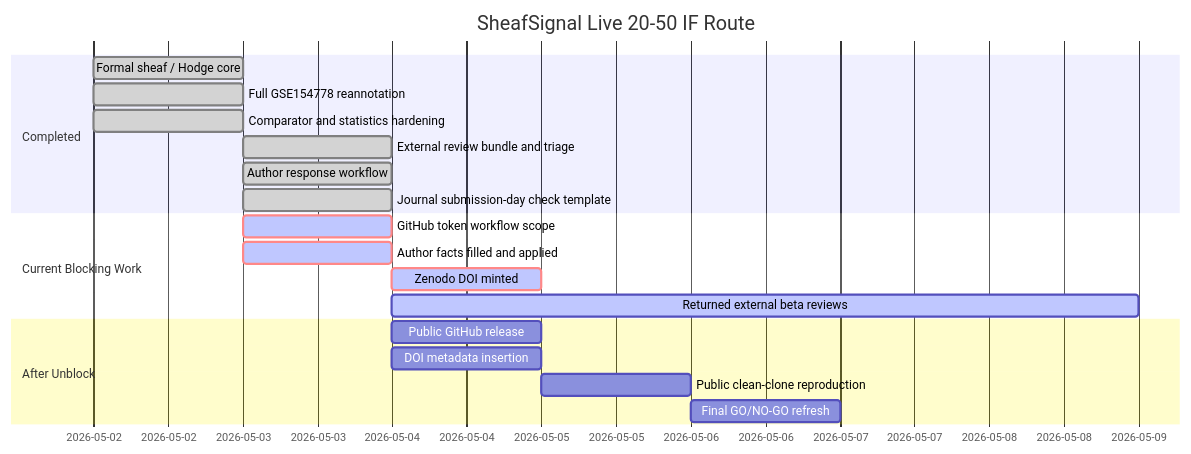
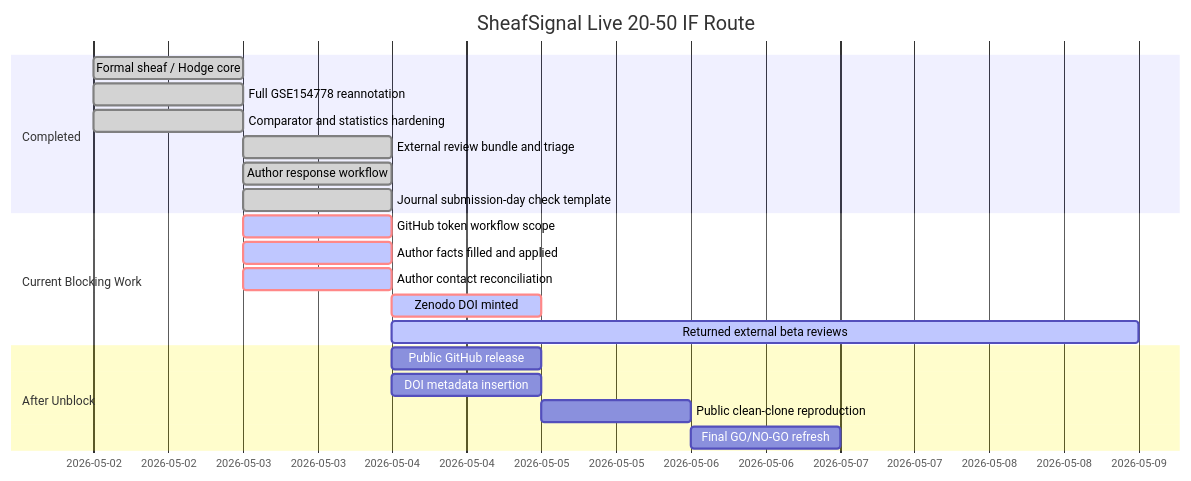
One commit to healthgreat/SheafSignal changed the diagram in manuscript/SHEAFSIGNAL_LIVE_GANTT_STATUS.md. Above: the diagram before and after it, drawn with Mermaid. The commit also changed other lines of this file and 9 other files, not shown here.

Commit message:
Add author contact reconciliation audit

````diff
--- a/manuscript/SHEAFSIGNAL_LIVE_GANTT_STATUS.md
+++ b/manuscript/SHEAFSIGNAL_LIVE_GANTT_STATUS.md
@@ -12,25 +12,26 @@
 ```mermaid
 gantt
     title SheafSignal Live 20-50 IF Route
     dateFormat  YYYY-MM-DD
 
     section Completed
     Formal sheaf / Hodge core                 :done, 2026-05-02, 1d
     Full GSE154778 reannotation               :done, 2026-05-02, 1d
     Comparator and statistics hardening       :done, 2026-05-02, 1d
     External review bundle and triage         :done, 2026-05-03, 1d
     Author response workflow                  :done, 2026-05-03, 1d
     Journal submission-day check template     :done, 2026-05-03, 1d
 
     section Current Blocking Work
     GitHub token workflow scope               :crit, active, 2026-05-03, 1d
     Author facts filled and applied           :crit, active, 2026-05-03, 1d
+    Author contact reconciliation             :crit, active, 2026-05-03, 1d
     Zenodo DOI minted                         :crit, active, 2026-05-04, 1d
     Returned external beta reviews            :active, 2026-05-04, 5d
 
     section After Unblock
     Public GitHub release                     :2026-05-04, 1d
     DOI metadata insertion                    :2026-05-04, 1d
     Public clean-clone reproduction           :2026-05-05, 1d
     Final GO/NO-GO refresh                    :2026-05-06, 1d
 ```
````
